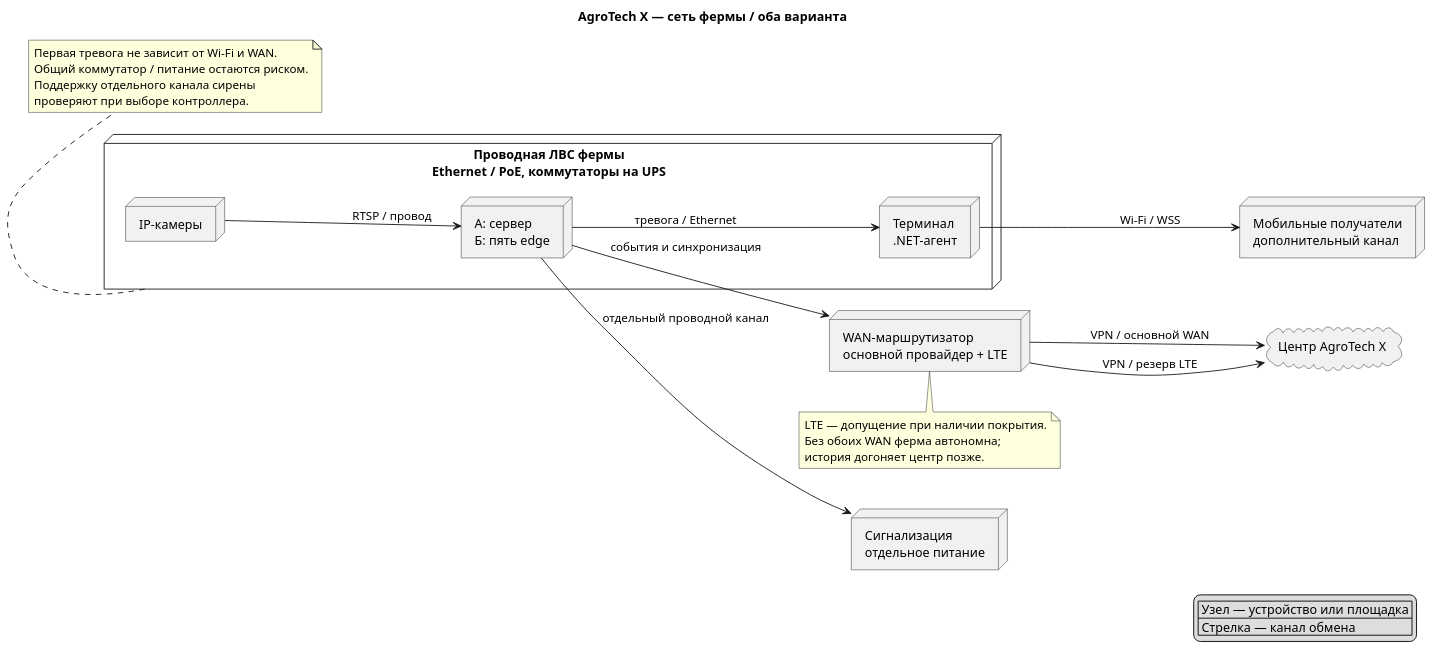
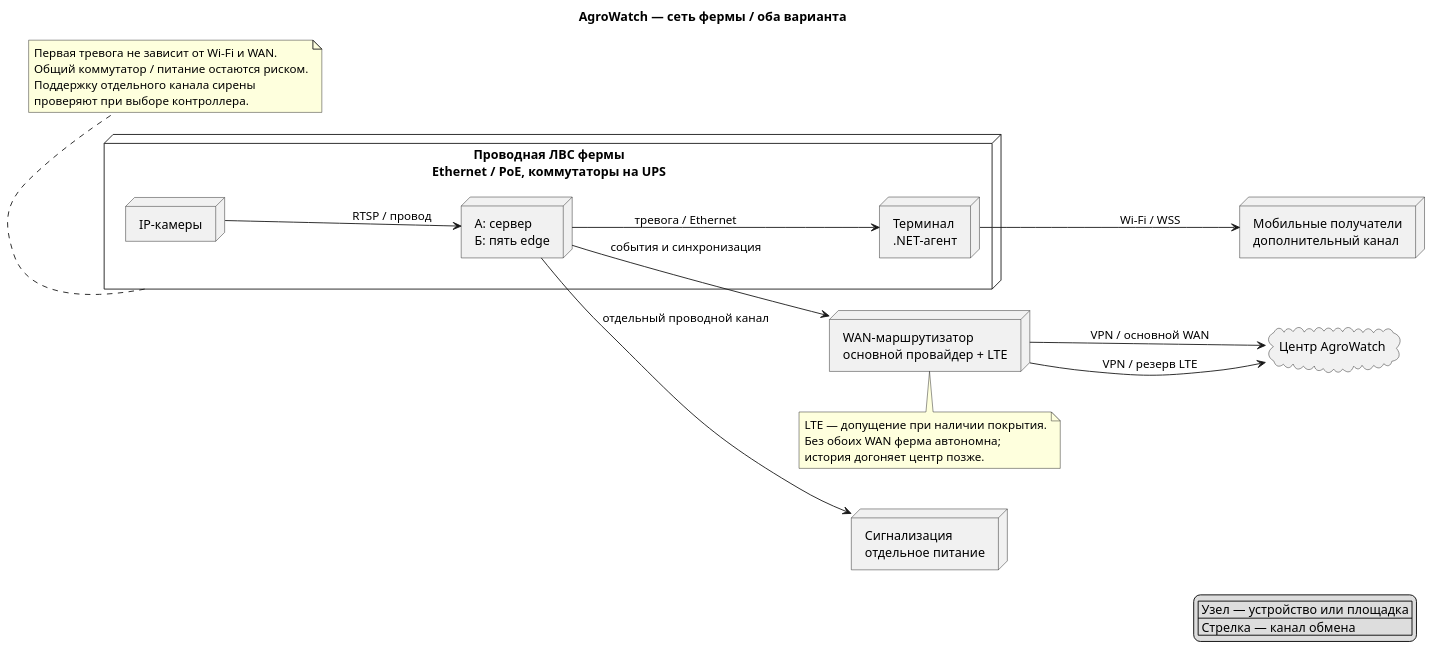
Before and after one commit to rozhkovsvyat/MSA-AgroTech: the diagram in Task1/diagrams/network.puml, drawn with PlantUML. The commit also changed 103 other files, not shown here.

Commit message:
Уточнить требования, название AgroWatch и раскрытие вклада ИИ

```diff
--- a/Task1/diagrams/network.puml
+++ b/Task1/diagrams/network.puml
@@ -1,40 +1,40 @@
 @startuml
 skinparam defaultFontName Arial
 skinparam dpi 110
 skinparam shadowing false
 skinparam nodesep 45
 skinparam ranksep 65
 left to right direction
-title AgroTech X — сеть фермы / оба варианта
+title AgroWatch — сеть фермы / оба варианта
 node "Проводная ЛВС фермы\nEthernet / PoE, коммутаторы на UPS" as lan {
  node "IP-камеры" as cam
  node "А: сервер\nБ: пять edge" as cpu
  node "Терминал\n.NET-агент" as term
 }
 node "Сигнализация\nотдельное питание" as sound
 node "Мобильные получатели\nдополнительный канал" as mobile
 node "WAN-маршрутизатор\nосновной провайдер + LTE" as wan
-cloud "Центр AgroTech X" as center
+cloud "Центр AgroWatch" as center
 cam --> cpu : RTSP / провод
 cpu --> term : тревога / Ethernet
 cpu -down-> sound : отдельный проводной канал
 term -down-> mobile : Wi-Fi / WSS
 cpu -down-> wan : события и синхронизация
 wan --> center : VPN / основной WAN
 wan --> center : VPN / резерв LTE
 note bottom of wan
 LTE — допущение при наличии покрытия.
 Без обоих WAN ферма автономна;
 история догоняет центр позже.
 end note
 note bottom of lan
 Первая тревога не зависит от Wi-Fi и WAN.
 Общий коммутатор / питание остаются риском.
 Поддержку отдельного канала сирены
 проверяют при выборе контроллера.
 end note
 legend right
 | Узел — устройство или площадка |
 | Стрелка — канал обмена |
 endlegend
 @enduml
```
